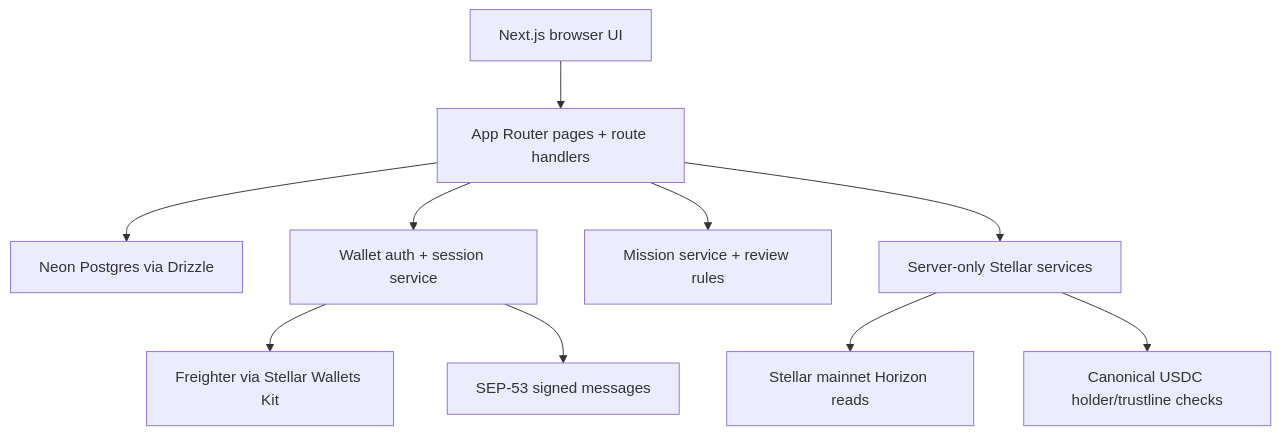
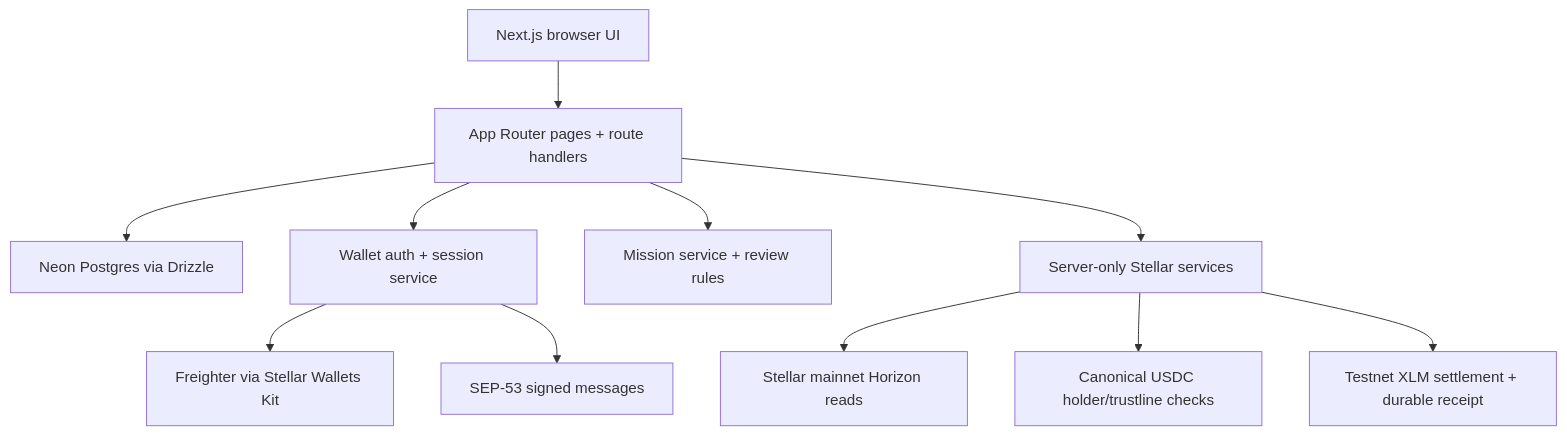
Before and after one commit to kaelah971/vicus: the diagram in docs/ARCHITECTURE.md, drawn with Mermaid. The commit also changed other lines of this file and 38 other files, not shown here.

First line of the commit message:
feat: complete Stellar participation and reward flow

````diff
--- a/docs/ARCHITECTURE.md
+++ b/docs/ARCHITECTURE.md
@@ -7,12 +7,13 @@
 ```mermaid
 flowchart TD
     Browser[Next.js browser UI] --> Router[App Router pages + route handlers]
     Router --> Data[Neon Postgres via Drizzle]
     Router --> Auth[Wallet auth + session service]
     Router --> Missions[Mission service + review rules]
     Router --> Stellar[Server-only Stellar services]
     Auth --> Freighter[Freighter via Stellar Wallets Kit]
     Auth --> SEP53[SEP-53 signed messages]
     Stellar --> Horizon[Stellar mainnet Horizon reads]
     Stellar --> Role[Canonical USDC holder/trustline checks]
+    Stellar --> Rewards[Testnet XLM settlement + durable receipt]
 ```
````
